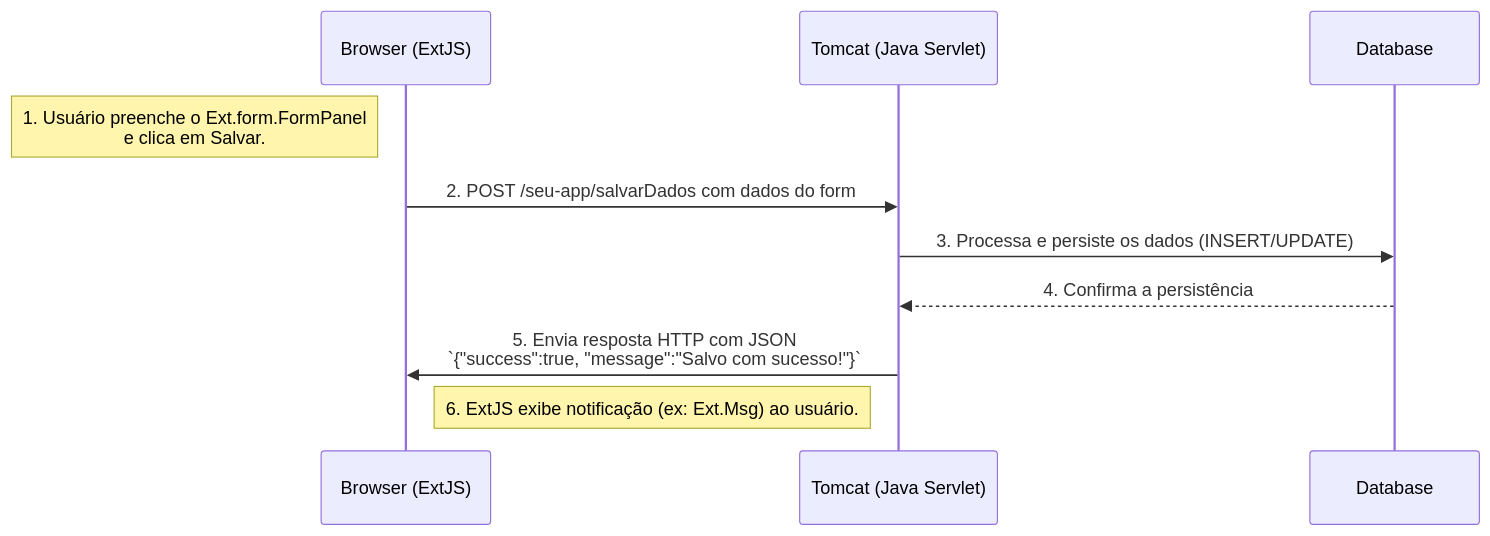
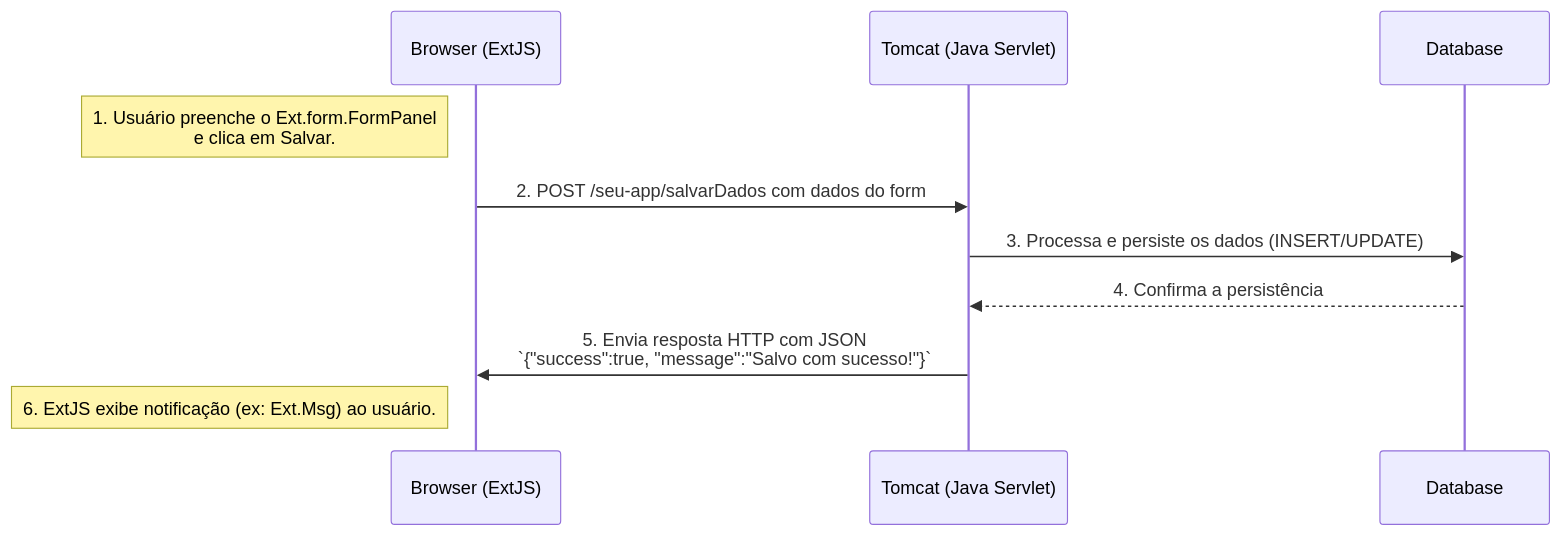
One commit to avsysgeo-thiagomota/teste-amazon-q changed the second of 2 diagrams in README.md. Above: the diagram before and after it, drawn with Mermaid. The commit also changed other lines of this file, not shown here.

````diff
--- a/README.md
+++ b/README.md
@@ -54,14 +54,14 @@
 ```mermaid
 sequenceDiagram
     participant Browser (ExtJS)
     participant Tomcat (Java Servlet)
     participant Database
 
     Note left of Browser (ExtJS): 1. Usuário preenche o Ext.form.FormPanel <br> e clica em Salvar.
     Browser (ExtJS)->>Tomcat (Java Servlet): 2. POST /seu-app/salvarDados com dados do form
     Tomcat (Java Servlet)->>Database: 3. Processa e persiste os dados (INSERT/UPDATE)
     Database-->>Tomcat (Java Servlet): 4. Confirma a persistência
     Tomcat (Java Servlet)->>Browser (ExtJS): 5. Envia resposta HTTP com JSON <br> `{"success":true, "message":"Salvo com sucesso!"}`
-    Note right of Browser (ExtJS): 6. ExtJS exibe notificação (ex: Ext.Msg) ao usuário.
+    Note left of Browser (ExtJS): 6. ExtJS exibe notificação (ex: Ext.Msg) ao usuário.
 
 ```
````
